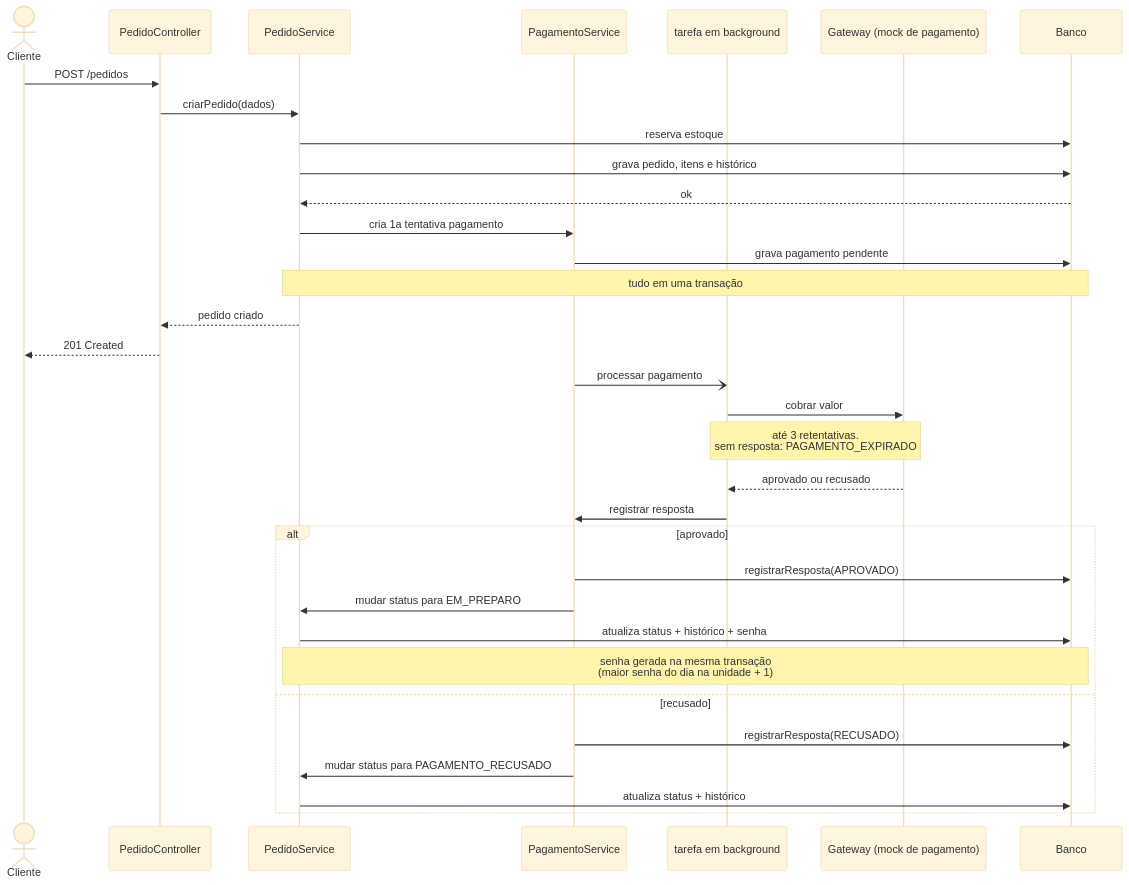
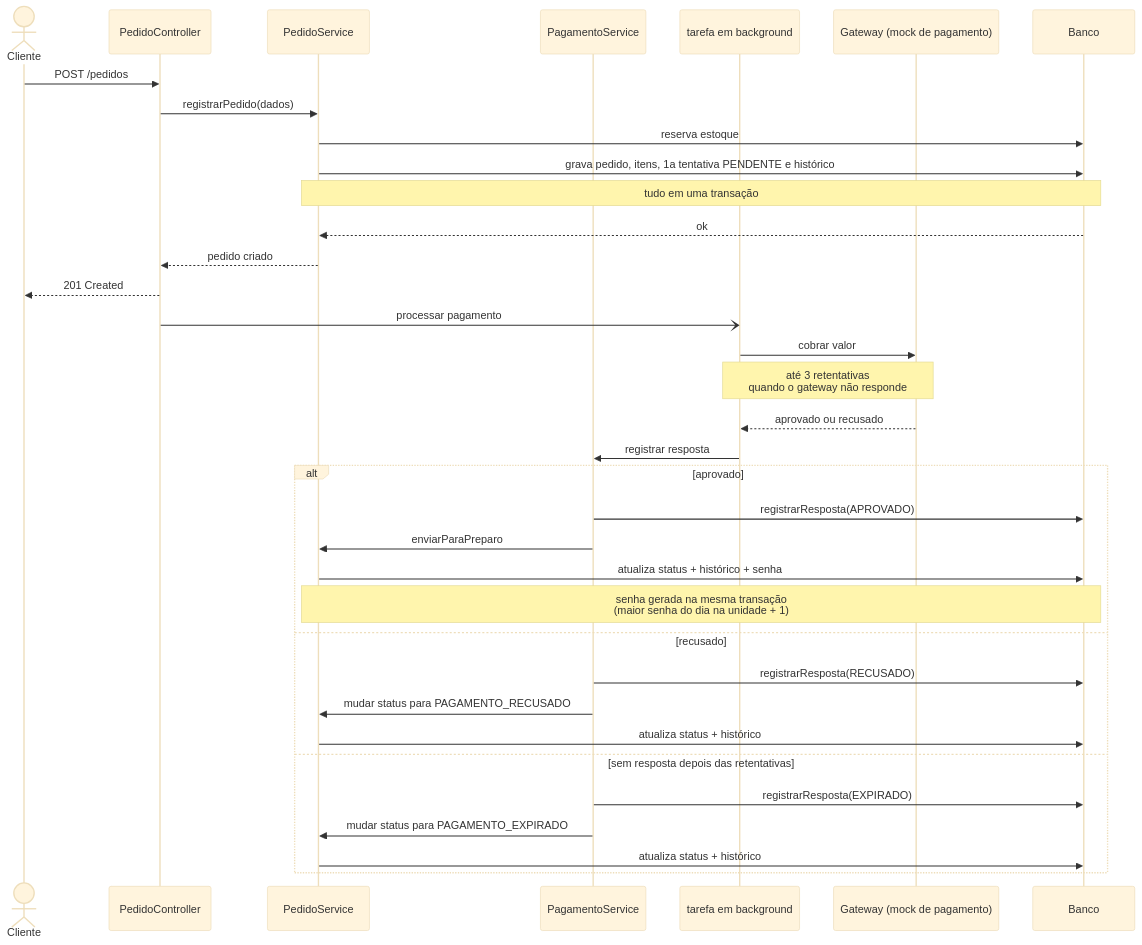
One commit to elvasthaisa/projeto-backend-raizes-do-nordeste changed the diagram in docs/diagramas/diagrama-sequencia.md. Above: the diagram before and after it, drawn with Mermaid (base theme). The commit also changed 4 other files, not shown here.

Commit message:
feat: :memo: Ajusta os diagramas ao código implementado (perfil TOTEM, métodos, sequência e UC7/UC8 planejados)

````diff
--- a/docs/diagramas/diagrama-sequencia.md
+++ b/docs/diagramas/diagrama-sequencia.md
@@ -1,37 +1,39 @@
 ```mermaid
 sequenceDiagram
         actor Cliente
         participant PedAPI as PedidoController
         participant PedSvc as PedidoService
         participant PagSvc as PagamentoService
         participant TarBack as tarefa em background
         participant Gateway as Gateway (mock de pagamento)
         participant BD as Banco
 
         Cliente->>PedAPI: POST /pedidos
-        PedAPI->>PedSvc: criarPedido(dados)
+        PedAPI->>PedSvc: registrarPedido(dados)
         PedSvc->>BD: reserva estoque
-        PedSvc->>BD: grava pedido, itens e histórico
+        PedSvc->>BD: grava pedido, itens, 1a tentativa PENDENTE e histórico
+        Note over PedSvc,BD: tudo em uma transação
         BD-->>PedSvc: ok
-        PedSvc->>PagSvc: cria 1a tentativa pagamento
-        PagSvc->>BD: grava pagamento pendente
-        Note over PedSvc,BD: tudo em uma transação
         PedSvc-->>PedAPI: pedido criado
         PedAPI-->>Cliente: 201 Created
-        PagSvc-)TarBack: processar pagamento
+        PedAPI-)TarBack: processar pagamento
         TarBack->>Gateway: cobrar valor
-        Note over TarBack,Gateway: até 3 retentativas. <br>sem resposta: PAGAMENTO_EXPIRADO
+        Note over TarBack,Gateway: até 3 retentativas <br>quando o gateway não responde
         Gateway-->>TarBack: aprovado ou recusado
         TarBack->>PagSvc: registrar resposta
-        
+
         alt aprovado
             PagSvc->>BD: registrarResposta(APROVADO)
-            PagSvc->>PedSvc: mudar status para EM_PREPARO
+            PagSvc->>PedSvc: enviarParaPreparo
             PedSvc->>BD: atualiza status + histórico + senha
             Note over PedSvc,BD: senha gerada na mesma transação <br>(maior senha do dia na unidade + 1)
         else recusado
             PagSvc->>BD: registrarResposta(RECUSADO)
             PagSvc->>PedSvc: mudar status para PAGAMENTO_RECUSADO
             PedSvc->>BD: atualiza status + histórico
+        else sem resposta depois das retentativas
+            PagSvc->>BD: registrarResposta(EXPIRADO)
+            PagSvc->>PedSvc: mudar status para PAGAMENTO_EXPIRADO
+            PedSvc->>BD: atualiza status + histórico
         end
 ```
````
